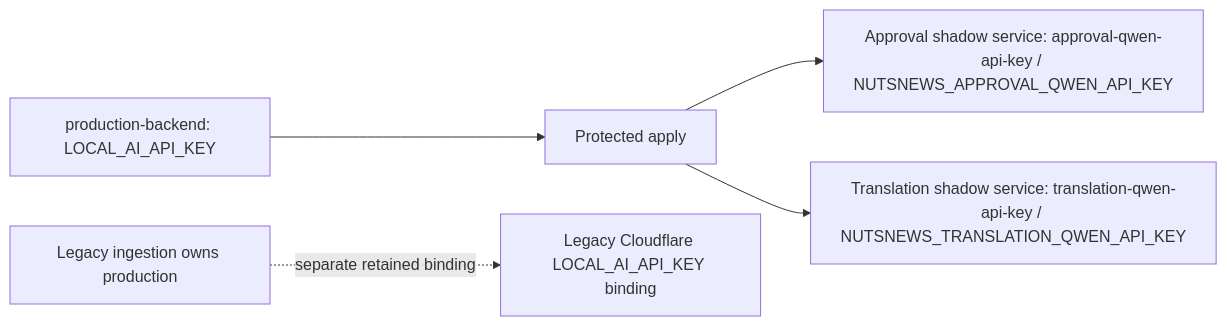
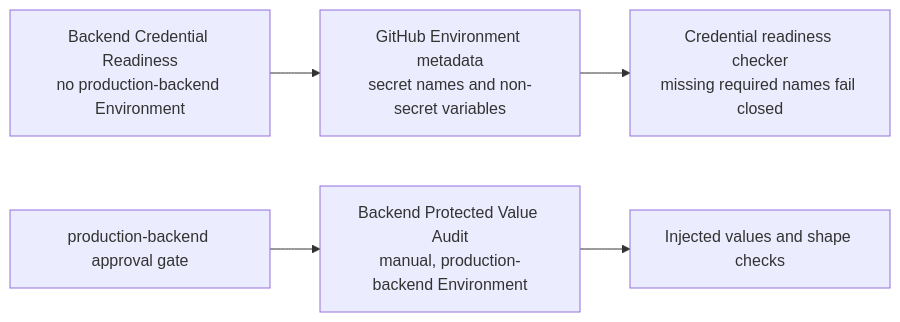
The diagram in diagrams/updates/AUTOMATED_NUTSNEWS_BACKEND_MERGE_LOG.mmd (ramideltoro/nutsnews-docs), drawn with Mermaid before and after one commit. The commit also changed 5 other files, not shown here.

Commit message:
docs(auto): document ramideltoro/nutsnews-backend PRs 443

```diff
--- a/diagrams/updates/AUTOMATED_NUTSNEWS_BACKEND_MERGE_LOG.mmd
+++ b/diagrams/updates/AUTOMATED_NUTSNEWS_BACKEND_MERGE_LOG.mmd
@@ -1,8 +1,8 @@
 flowchart LR
-  accTitle: Qwen credential readiness mapping after backend pull request 442
-  accDescr: A protected production-backend source credential is mapped by protected apply to separate approval and translation shadow-service runtime credentials. Legacy ingestion remains the production owner.
+  accTitle: Backend credential readiness paths after pull request 443
+  accDescr: Routine readiness reads production-backend secret-name and variable metadata without an Environment gate, while a separate manual audit remains behind the production-backend approval gate for injected-value and shape checks.
 
-  source["production-backend: LOCAL_AI_API_KEY"] --> apply["Protected apply"]
-  apply --> approval["Approval shadow service: approval-qwen-api-key / NUTSNEWS_APPROVAL_QWEN_API_KEY"]
-  apply --> translation["Translation shadow service: translation-qwen-api-key / NUTSNEWS_TRANSLATION_QWEN_API_KEY"]
-  legacy["Legacy ingestion owns production"] -. separate retained binding .-> cloudflare["Legacy Cloudflare LOCAL_AI_API_KEY binding"]
+  routine["Backend Credential Readiness\nno production-backend Environment"] --> metadata["GitHub Environment metadata\nsecret names and non-secret variables"]
+  metadata --> checker["Credential readiness checker\nmissing required names fail closed"]
+  audit["Backend Protected Value Audit\nmanual, production-backend Environment"] --> values["Injected values and shape checks"]
+  protected["production-backend approval gate"] --> audit
```
